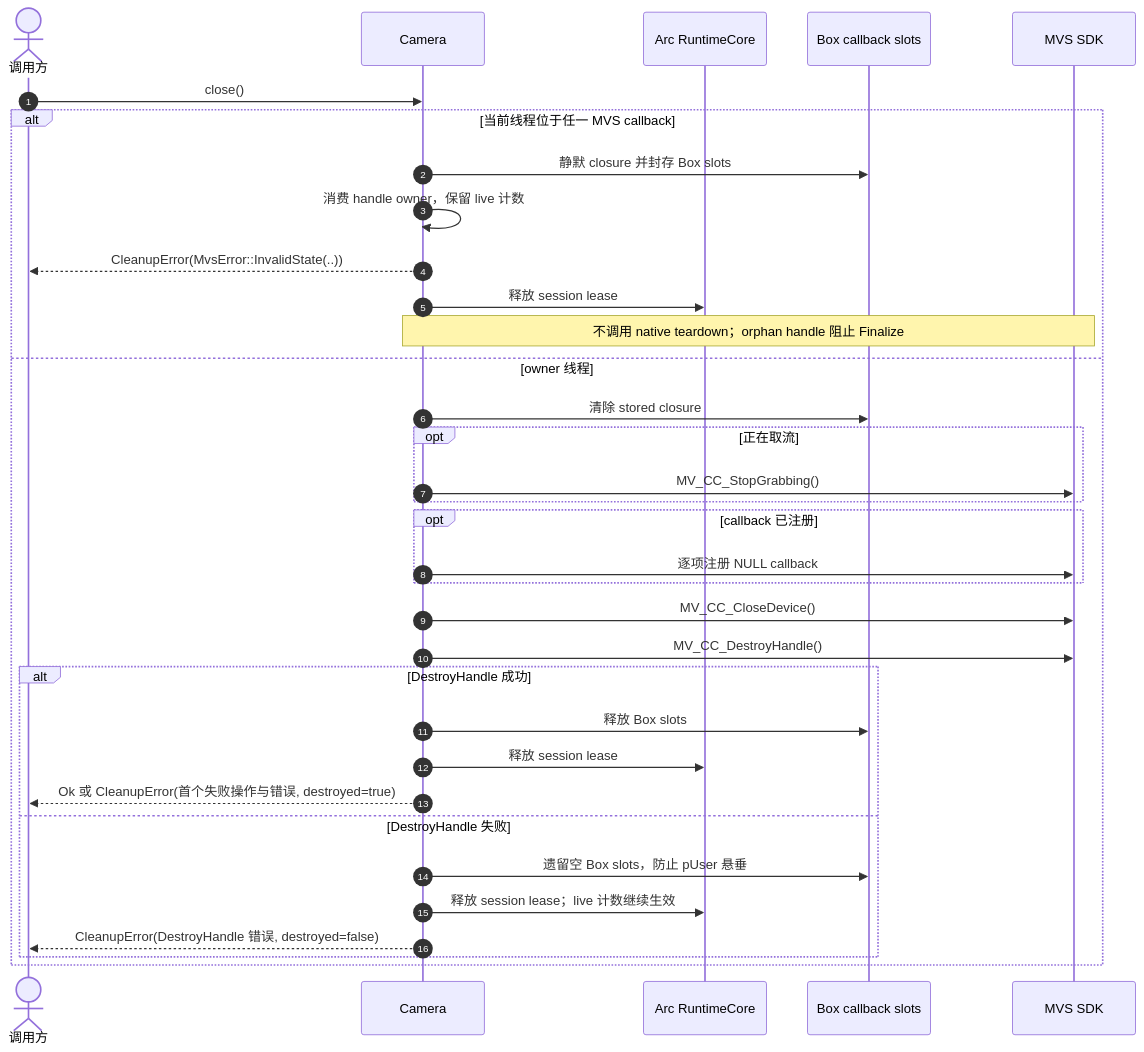
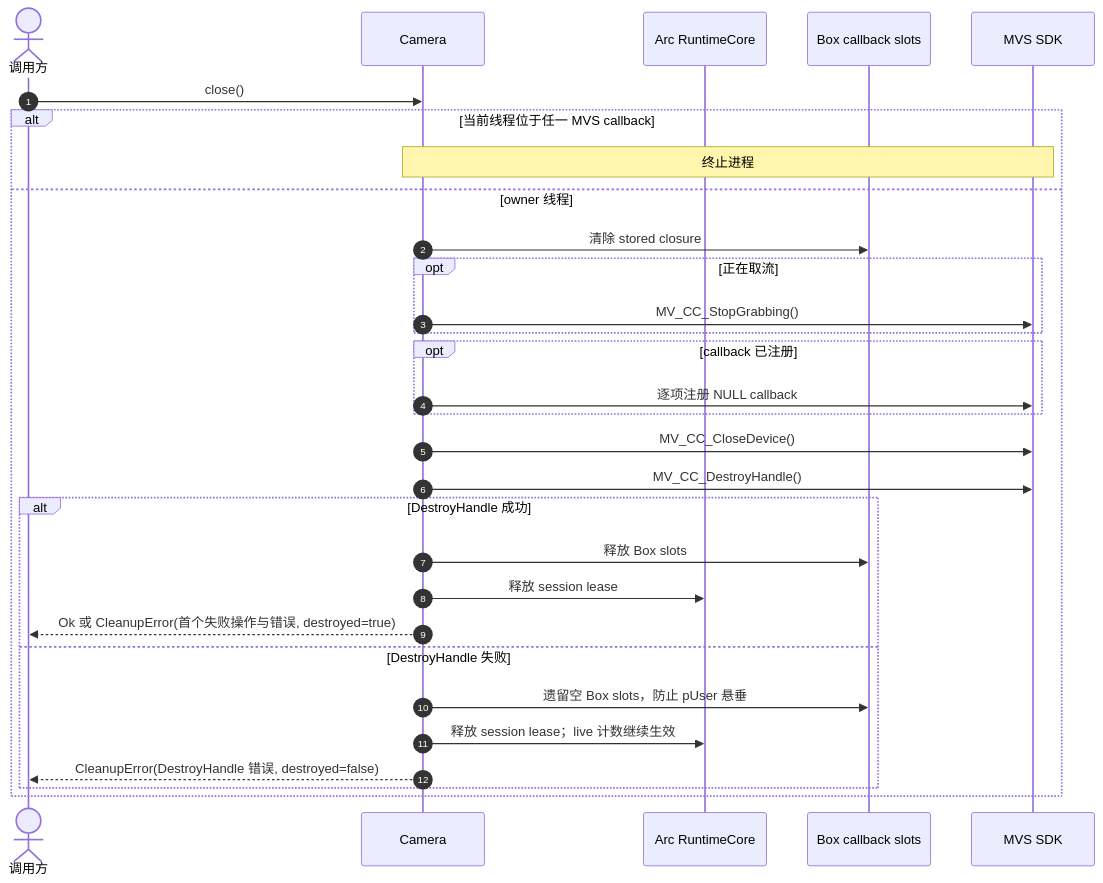
The diagram in 时序图/Camera显式关闭与Drop兜底.md (JSB-Unscarred/mvs-sdk-rs), drawn with Mermaid before and after one commit. The commit also changed other lines of this file and 16 other files, not shown here.

````diff
--- a/时序图/Camera显式关闭与Drop兜底.md
+++ b/时序图/Camera显式关闭与Drop兜底.md
@@ -3,37 +3,33 @@
 ```mermaid
 sequenceDiagram
     autonumber
     actor Caller as 调用方
     participant Camera as Camera
     participant Runtime as Arc RuntimeCore
     participant Slots as Box callback slots
     participant Native as MVS SDK
 
     Caller->>Camera: close()
     alt 当前线程位于任一 MVS callback
-        Camera->>Slots: 静默 closure 并封存 Box slots
-        Camera->>Camera: 消费 handle owner，保留 live 计数
-        Camera-->>Caller: CleanupError(MvsError::InvalidState(..))
-        Camera->>Runtime: 释放 session lease
-        Note over Camera,Native: 不调用 native teardown；orphan handle 阻止 Finalize
+        Note over Camera,Native: 终止进程
     else owner 线程
         Camera->>Slots: 清除 stored closure
         opt 正在取流
             Camera->>Native: MV_CC_StopGrabbing()
         end
         opt callback 已注册
             Camera->>Native: 逐项注册 NULL callback
         end
         Camera->>Native: MV_CC_CloseDevice()
         Camera->>Native: MV_CC_DestroyHandle()
         alt DestroyHandle 成功
             Camera->>Slots: 释放 Box slots
             Camera->>Runtime: 释放 session lease
             Camera-->>Caller: Ok 或 CleanupError(首个失败操作与错误, destroyed=true)
         else DestroyHandle 失败
             Camera->>Slots: 遗留空 Box slots，防止 pUser 悬垂
             Camera->>Runtime: 释放 session lease；live 计数继续生效
             Camera-->>Caller: CleanupError(DestroyHandle 错误, destroyed=false)
         end
     end
 ```
````
